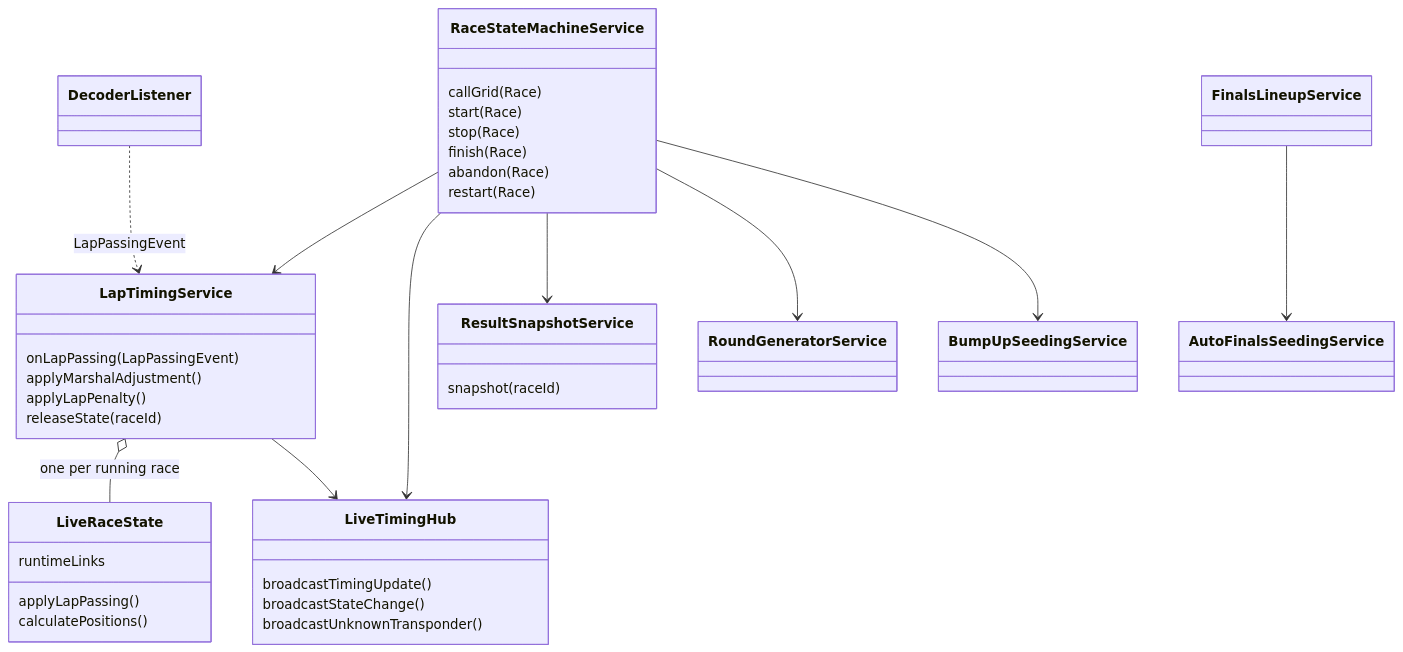
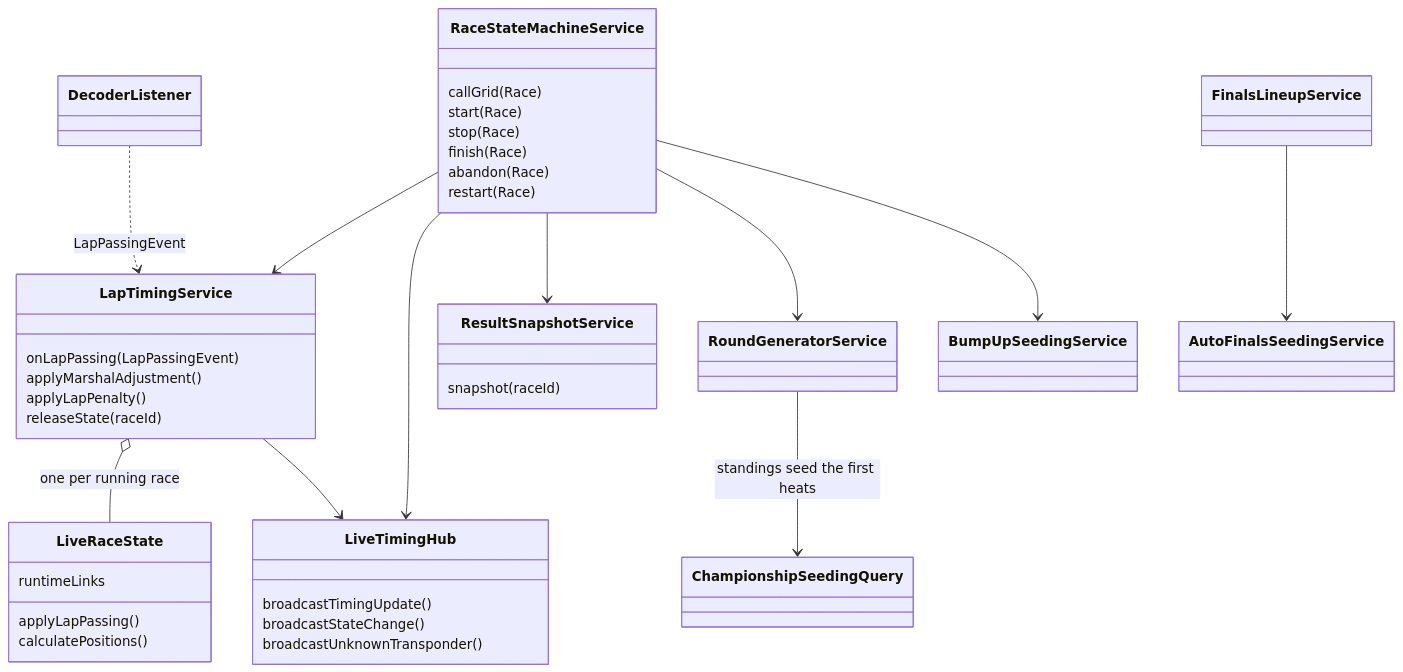
The second of 3 diagrams in docs/developer/domain-model.md (RCRaceHub/RCTimingControl), drawn with Mermaid before and after one commit. The commit also changed 36 other files, not shown here.

````diff
--- a/docs/developer/domain-model.md
+++ b/docs/developer/domain-model.md
@@ -105,46 +105,48 @@
 ```mermaid
 classDiagram
     direction TB
     class RaceStateMachineService {
         callGrid(Race)
         start(Race)
         stop(Race)
         finish(Race)
         abandon(Race)
         restart(Race)
     }
     class LapTimingService {
         onLapPassing(LapPassingEvent)
         applyMarshalAdjustment()
         applyLapPenalty()
         releaseState(raceId)
     }
     class LiveRaceState {
         applyLapPassing()
         calculatePositions()
         runtimeLinks
     }
     class LiveTimingHub {
         broadcastTimingUpdate()
         broadcastStateChange()
         broadcastUnknownTransponder()
     }
     class ResultSnapshotService {
         snapshot(raceId)
     }
     class RoundGeneratorService
+    class ChampionshipSeedingQuery
     class BumpUpSeedingService
     class AutoFinalsSeedingService
     class FinalsLineupService
     class DecoderListener
 
     DecoderListener ..> LapTimingService : LapPassingEvent
     LapTimingService o-- LiveRaceState : one per running race
     LapTimingService --> LiveTimingHub
     RaceStateMachineService --> LapTimingService
     RaceStateMachineService --> LiveTimingHub
     RaceStateMachineService --> ResultSnapshotService
     RaceStateMachineService --> RoundGeneratorService
+    RoundGeneratorService --> ChampionshipSeedingQuery : standings seed the first heats
     RaceStateMachineService --> BumpUpSeedingService
     FinalsLineupService --> AutoFinalsSeedingService
 ```
````
